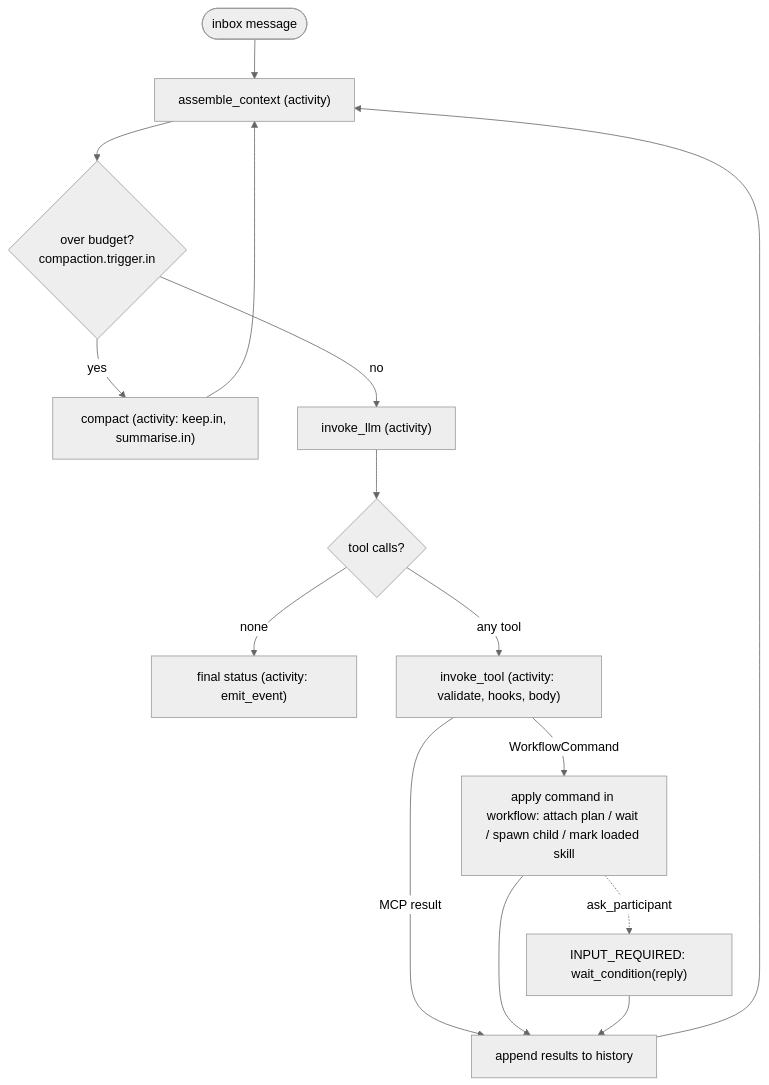
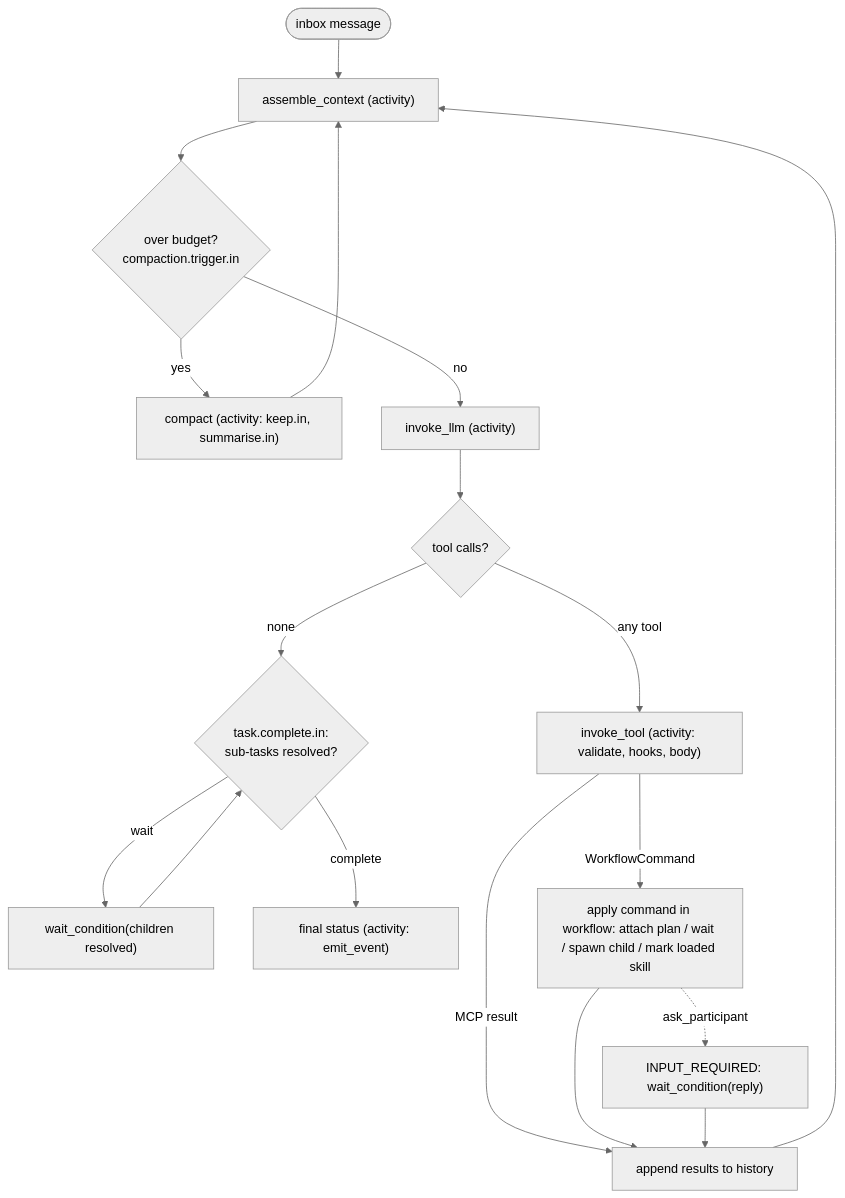
Before and after one commit to MadaraUchiha-314/tiny-harness: the third of 4 diagrams in docs/specs/issue-3/design.md, drawn with Mermaid (neutral theme). The commit also changed other lines of this file, not shown here.

First line of the commit message:
docs(specs): design critic finding 11: a hooked completion predicate guards unresolved sub-tasks

````diff
--- a/docs/specs/issue-3/design.md
+++ b/docs/specs/issue-3/design.md
@@ -157,17 +157,19 @@
 ```mermaid
 flowchart TD
   start([inbox message]) --> ctx["assemble_context (activity)"]
   ctx --> cmp0{over budget?<br/>compaction.trigger.in}
   cmp0 -- yes --> compact0["compact (activity: keep.in, summarise.in)"]
   compact0 --> ctx
   cmp0 -- no --> llm["invoke_llm (activity)"]
   llm --> tc{tool calls?}
-  tc -- none --> fin["final status (activity: emit_event)"]
+  tc -- none --> done{"task.complete.in:<br/>sub-tasks resolved?"}
+  done -- wait --> wait2["wait_condition(children resolved)"] --> done
+  done -- complete --> fin["final status (activity: emit_event)"]
   tc -- any tool --> act["invoke_tool (activity: validate, hooks, body)"]
   act -- MCP result --> rec["append results to history"]
   act -- WorkflowCommand --> intr["apply command in workflow: attach plan / wait / spawn child / mark loaded skill"]
   intr --> rec
   rec --> ctx
   intr -. ask_participant .-> wait["INPUT_REQUIRED: wait_condition(reply)"]
   wait --> rec
 ```
````
